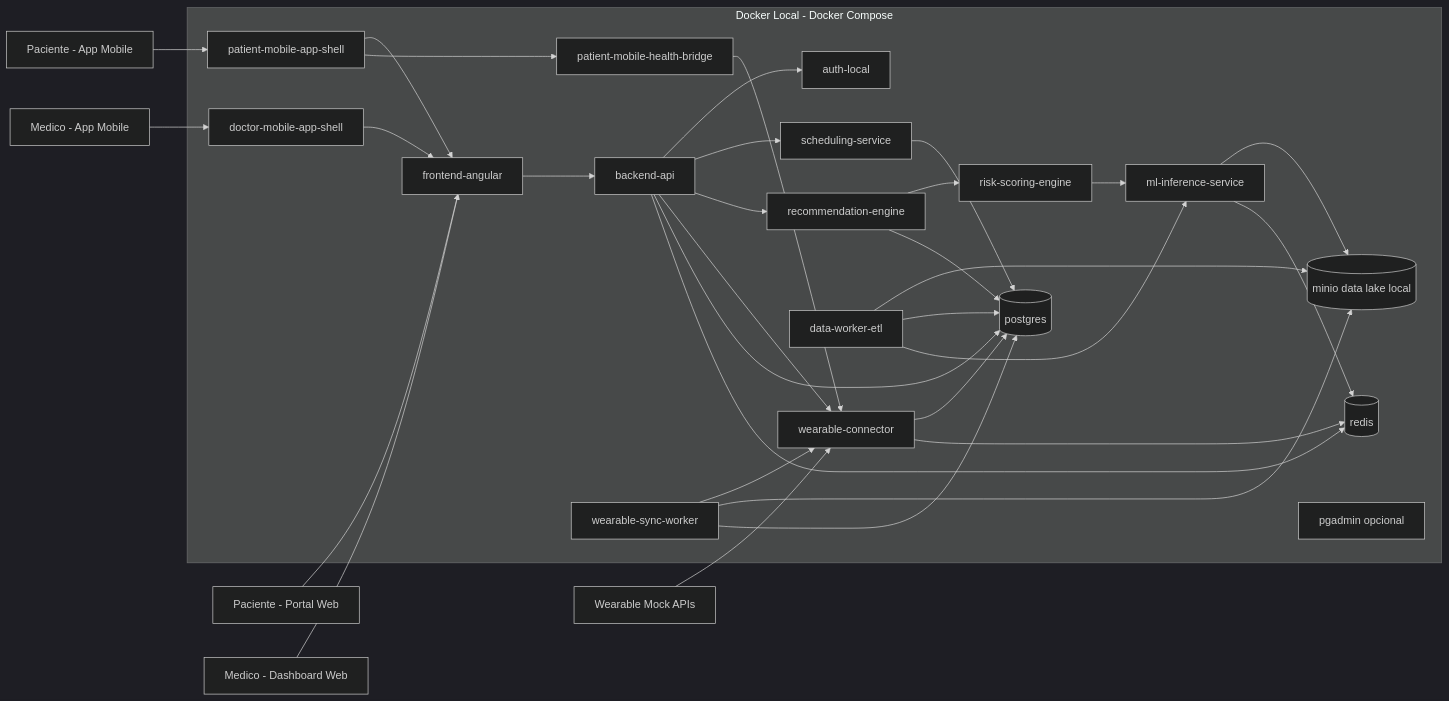
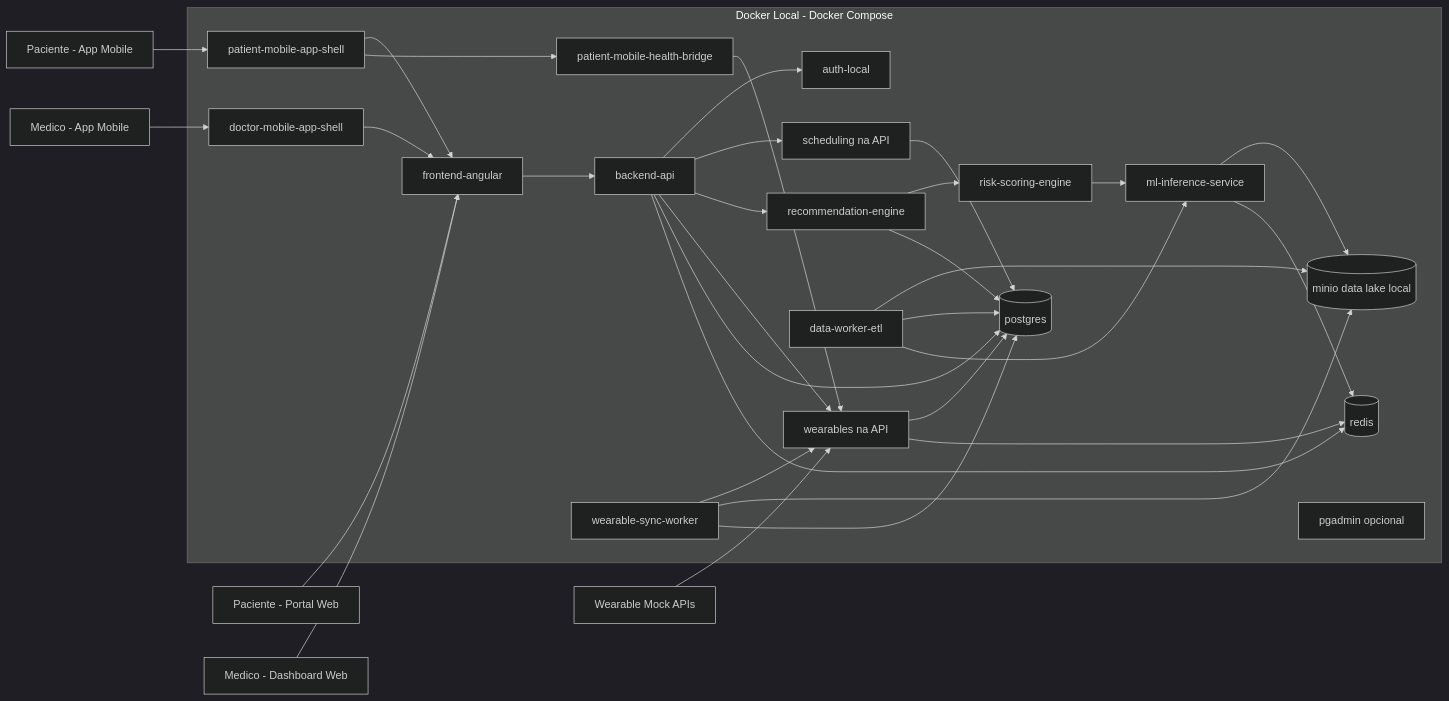
One commit to ccps1-care-predict/care-plus-ccps1 changed the diagram in ARQUITETURA CLOUD - MVP LOCAL DOCKER.md. Above: the diagram before and after it, drawn with Mermaid (dark theme). The commit also changed other lines of this file and 10 other files, not shown here.

````diff
--- a/ARQUITETURA CLOUD - MVP LOCAL DOCKER.md
+++ b/ARQUITETURA CLOUD - MVP LOCAL DOCKER.md
@@ -41,66 +43,66 @@
 ```mermaid
 flowchart LR
 
 PacienteDesktop[Paciente - Portal Web]
 PacienteMobile[Paciente - App Mobile]
 MedicoDesktop[Medico - Dashboard Web]
 MedicoMobile[Medico - App Mobile]
 WearableMock[Wearable Mock APIs]
 
 subgraph DockerHost[Docker Local - Docker Compose]
   Frontend[frontend-angular]
   PatientMobileShell[patient-mobile-app-shell]
   DoctorMobileShell[doctor-mobile-app-shell]
   MobileBridge[patient-mobile-health-bridge]
   API[backend-api]
   Auth[auth-local]
-  Scheduler[scheduling-service]
+  Scheduler[scheduling na API]
   RecEngine[recommendation-engine]
   RiskEngine[risk-scoring-engine]
   MLPredict[ml-inference-service]
   Worker[data-worker-etl]
-  WearableConn[wearable-connector]
+  WearableConn[wearables na API]
   WearableSync[wearable-sync-worker]
   Postgres[(postgres)]
   MinIO[(minio data lake local)]
   Redis[(redis)]
   PgAdmin[pgadmin opcional]
 end
 
 PacienteDesktop --> Frontend
 PacienteMobile --> PatientMobileShell
 PatientMobileShell --> Frontend
 PatientMobileShell --> MobileBridge
 MedicoDesktop --> Frontend
 MedicoMobile --> DoctorMobileShell
 DoctorMobileShell --> Frontend
 WearableMock --> WearableConn
 MobileBridge --> WearableConn
 
 Frontend --> API
 API --> Auth
 API --> Scheduler
 API --> RecEngine
 RecEngine --> RiskEngine
 RiskEngine --> MLPredict
 
 API --> WearableConn
 WearableConn --> Postgres
 WearableConn --> Redis
 
 WearableSync --> WearableConn
 WearableSync --> MinIO
 WearableSync --> Postgres
 
 API --> Postgres
 Worker --> MinIO
 Worker --> Postgres
 Worker --> MLPredict
 
 Scheduler --> Postgres
 RecEngine --> Postgres
 MLPredict --> MinIO
 
 API --> Redis
 MLPredict --> Redis
 ```
````
